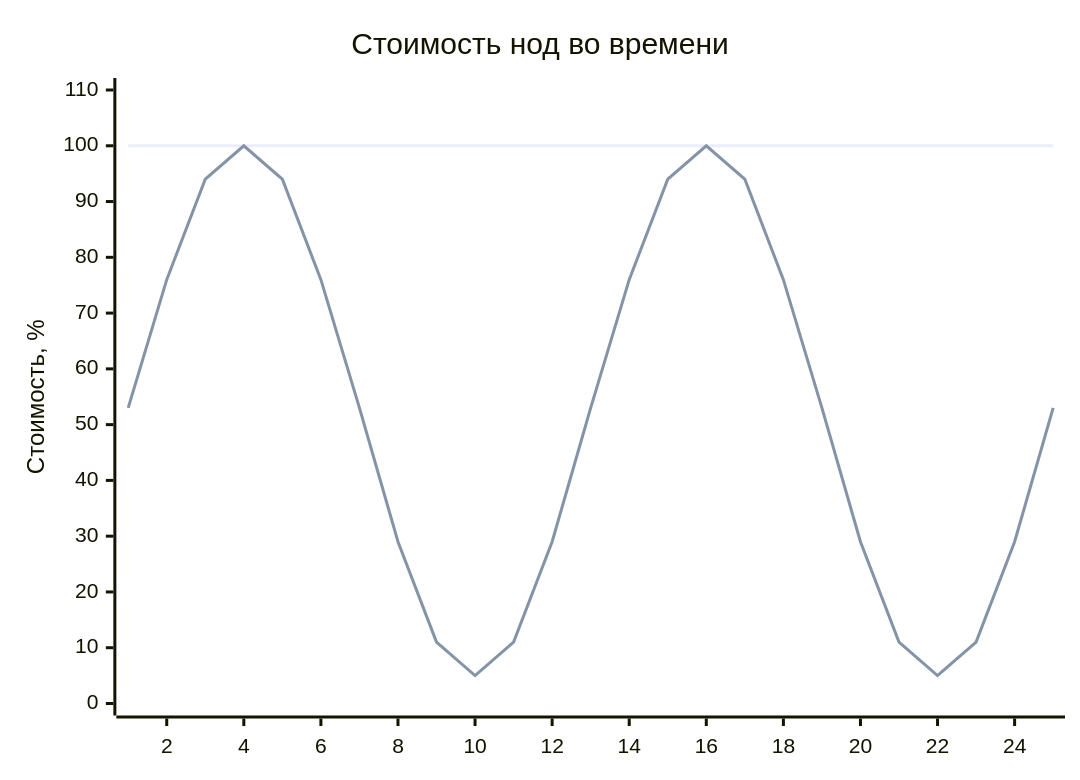
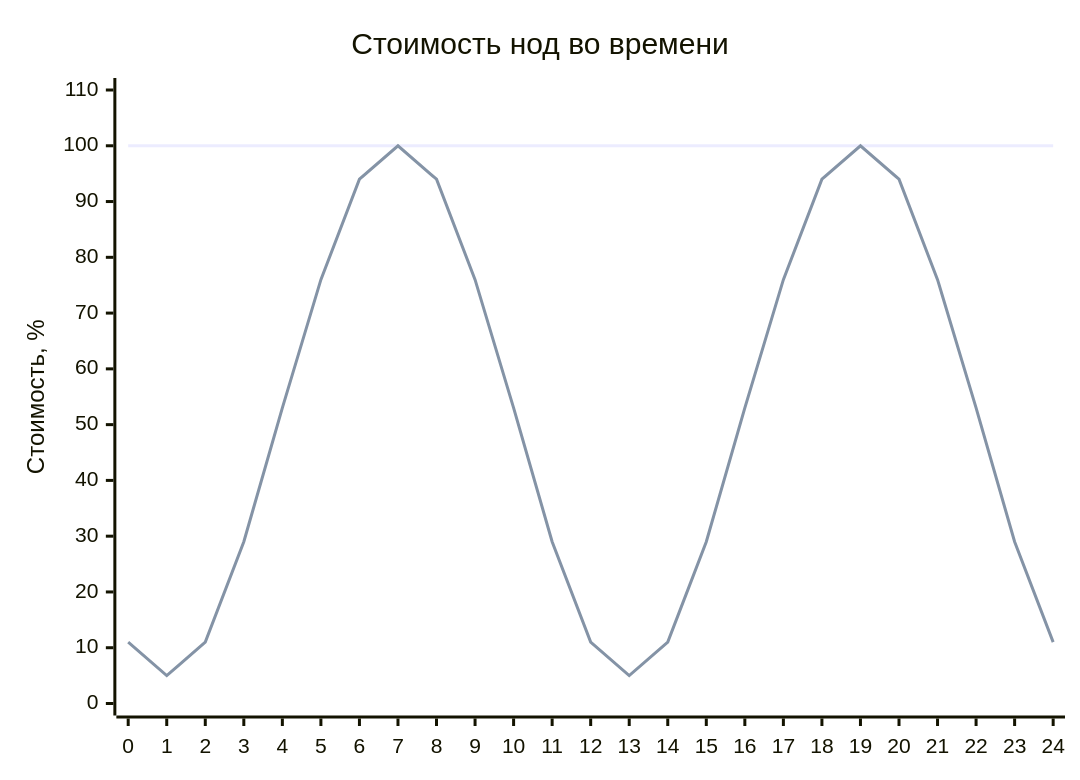
Before and after one commit to patsevanton/k8s-priority-eviction-autoscaling: the second of 2 diagrams in README.md, drawn with Mermaid.

Commit message:
docs: сдвиг графика стоимости нод к пику в 19 часов

````diff
--- a/README.md
+++ b/README.md
@@ -344,7 +344,8 @@
 ```mermaid
 xychart-beta
     title "Стоимость нод во времени"
+    x-axis [0,1,2,3,4,5,6,7,8,9,10,11,12,13,14,15,16,17,18,19,20,21,22,23,24]
     y-axis "Стоимость, %" 0 --> 110
     line "Статические ноды" [100,100,100,100,100,100,100,100,100,100,100,100,100,100,100,100,100,100,100,100,100,100,100,100,100]
-    line "Node overprovisioning" [53,76,94,100,94,76,53,29,11,5,11,29,53,76,94,100,94,76,53,29,11,5,11,29,53]
+    line "Node overprovisioning" [11,5,11,29,53,76,94,100,94,76,53,29,11,5,11,29,53,76,94,100,94,76,53,29,11]
 ```
````
